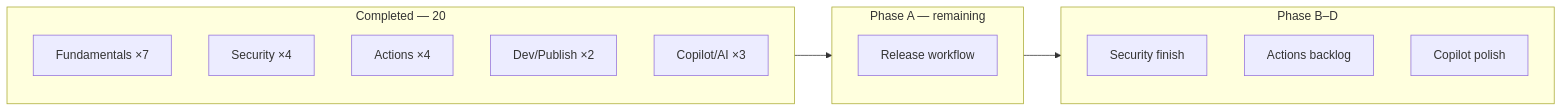
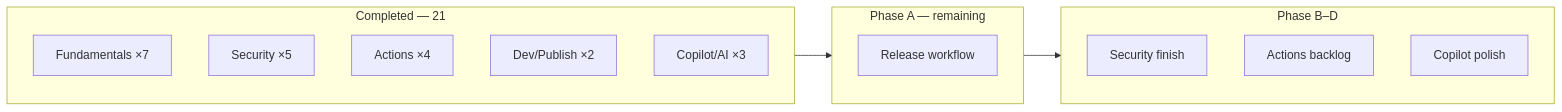
The diagram in ROADMAP.md (blackhebrewisraeli/github-skills-journey), drawn with Mermaid before and after one commit. The commit also changed other lines of this file and 1 other file, not shown here.

````diff
--- a/ROADMAP.md
+++ b/ROADMAP.md
@@ -10,19 +10,19 @@
 ```mermaid
 flowchart LR
-    subgraph done [Completed — 20]
+    subgraph done [Completed — 21]
         F[Fundamentals ×7]
-        S[Security ×4]
+        S[Security ×5]
         A[Actions ×4]
         D[Dev/Publish ×2]
         C[Copilot/AI ×3]
     end
     subgraph next [Phase A — remaining]
         N2[Release workflow]
     end
     subgraph later [Phase B–D]
         B[Security finish]
         AB[Actions backlog]
         CP[Copilot polish]
     end
     done --> next --> later
 ```
````
